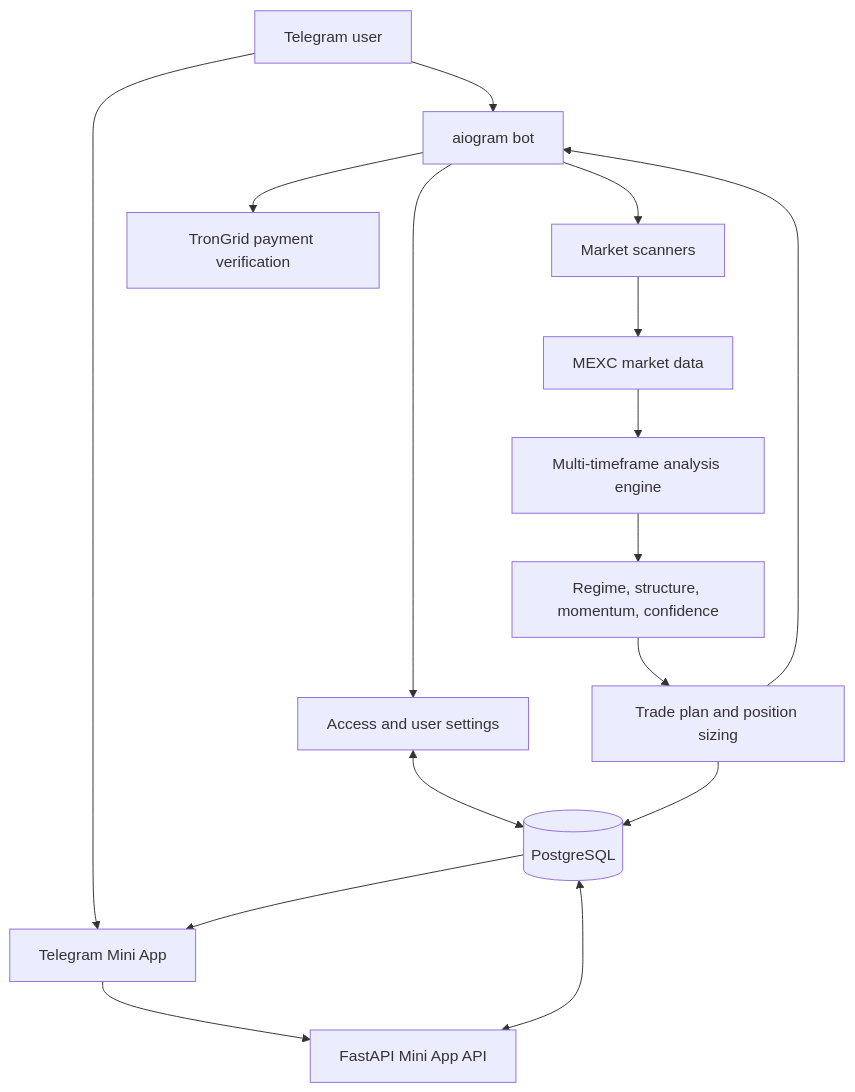
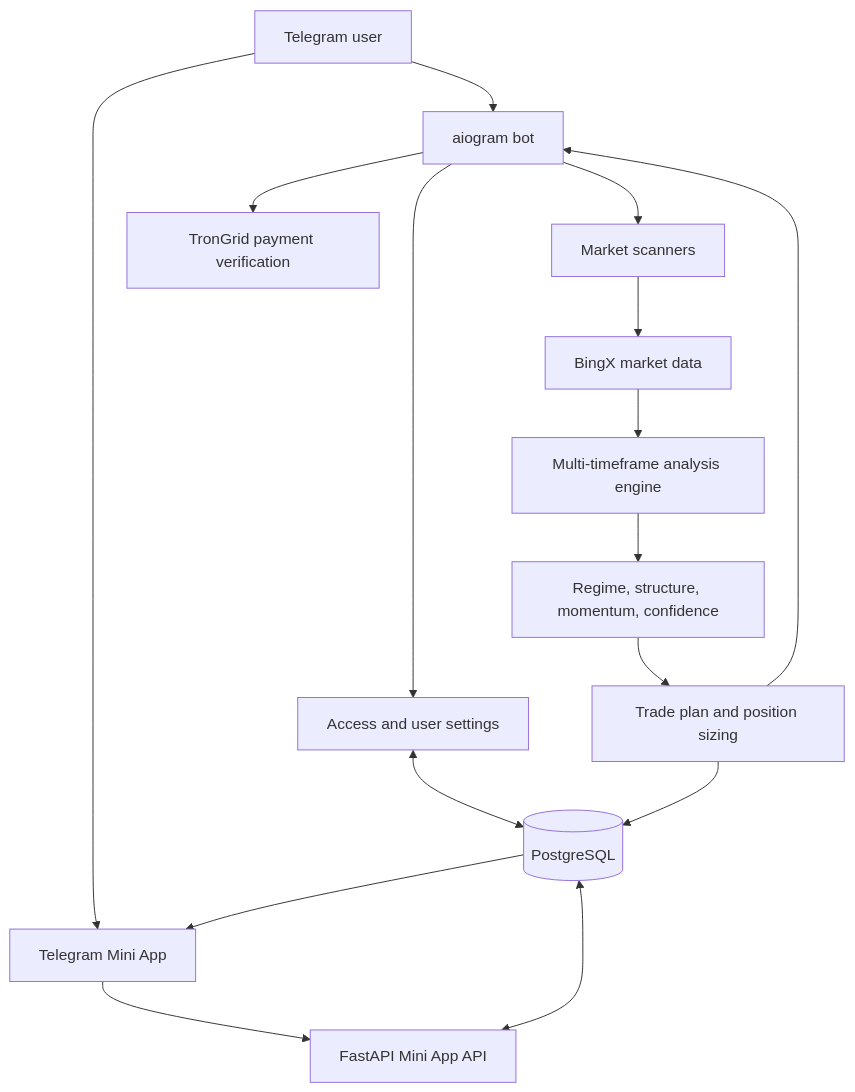
One commit to Nikiau12/ucb-trading changed the diagram in README.md. Above: the diagram before and after it, drawn with Mermaid. The commit also changed other lines of this file and 32 other files, not shown here.

First line of the commit message:
Migrate UCB market data from MEXC to BingX (#66)

````diff
--- a/README.md
+++ b/README.md
@@ -70,18 +70,18 @@
 ```mermaid
 flowchart TD
     U["Telegram user"] --> B["aiogram bot"]
     U --> W["Telegram Mini App"]
     B --> A["Access and user settings"]
     W --> F["FastAPI Mini App API"]
     A <--> D[("PostgreSQL")]
     F <--> D
     B --> S["Market scanners"]
-    S --> M["MEXC market data"]
+    S --> M["BingX market data"]
     M --> E["Multi-timeframe analysis engine"]
     E --> C["Regime, structure, momentum, confidence"]
     C --> P["Trade plan and position sizing"]
     P --> B
     P --> D
     D --> W
     B --> T["TronGrid payment verification"]
 ```
````
